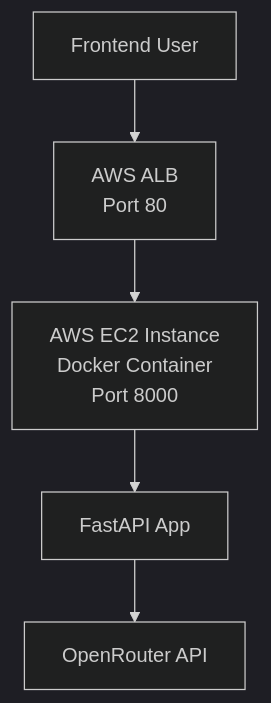
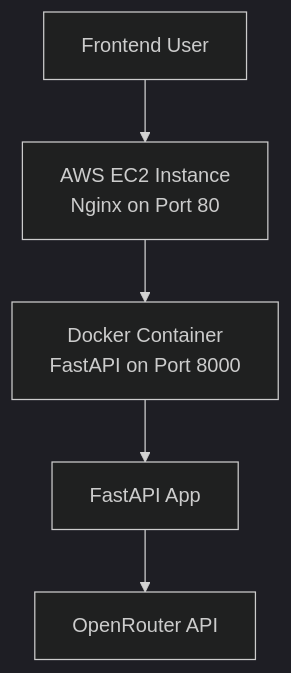
One commit to monitus2022/AnyLLM2Music-backend changed the second of 2 diagrams in README.md. Above: the diagram before and after it, drawn with Mermaid (dark theme). The commit also changed other lines of this file and 2 other files, not shown here.

Commit message:
Rellocate terraform aws logic to new repo, cleanup readme

````diff
--- a/README.md
+++ b/README.md
@@ -135,7 +135,7 @@
 ```mermaid
 graph TD
-    A[Frontend User] --> B[AWS ALB<br/>Port 80]
-    B --> C[AWS EC2 Instance<br/>Docker Container<br/>Port 8000]
+    A[Frontend User] --> B[AWS EC2 Instance<br/>Nginx on Port 80]
+    B --> C[Docker Container<br/>FastAPI on Port 8000]
     C --> D[FastAPI App]
     D --> E[OpenRouter API]
 ```
````
